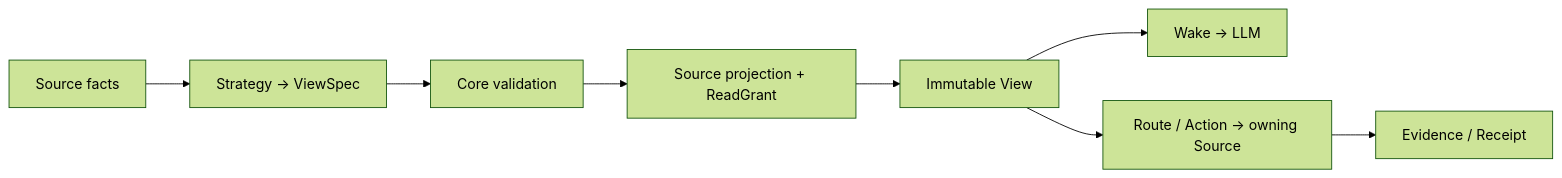
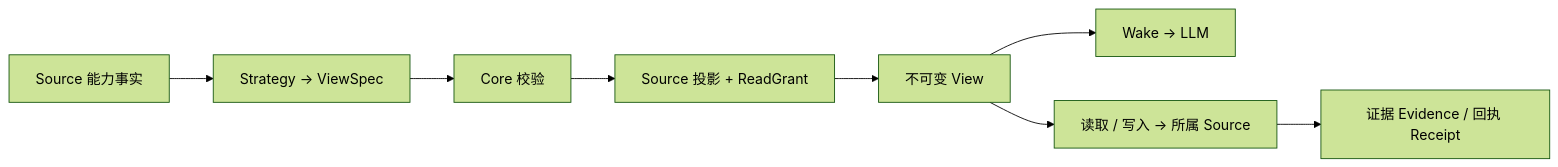
The second of 3 diagrams in dsh/docs/zh-CN/development/architecture.md (DerKodex-Repo-Curator/mnemon), drawn with Mermaid (forest theme) before and after one commit. The commit also changed other lines of this file and 9 other files, not shown here.

Commit message:
docs(i18n): localize Chinese diagrams and preserve existing anchors

````diff
--- a/dsh/docs/zh-CN/development/architecture.md
+++ b/dsh/docs/zh-CN/development/architecture.md
@@ -53,10 +55,10 @@
 ```mermaid
 flowchart LR
-  Facts["Source facts"] --> Strategy["Strategy → ViewSpec"]
-  Strategy --> Core["Core validation"]
-  Core --> Project["Source projection + ReadGrant"]
-  Project --> View["Immutable View"]
+  Facts["Source 能力事实"] --> Strategy["Strategy → ViewSpec"]
+  Strategy --> Core["Core 校验"]
+  Core --> Project["Source 投影 + ReadGrant"]
+  Project --> View["不可变 View"]
   View --> Wake["Wake → LLM"]
-  View --> Route["Route / Action → owning Source"]
-  Route --> Result["Evidence / Receipt"]
+  View --> Route["读取 / 写入 → 所属 Source"]
+  Route --> Result["证据 Evidence / 回执 Receipt"]
 ```
````
